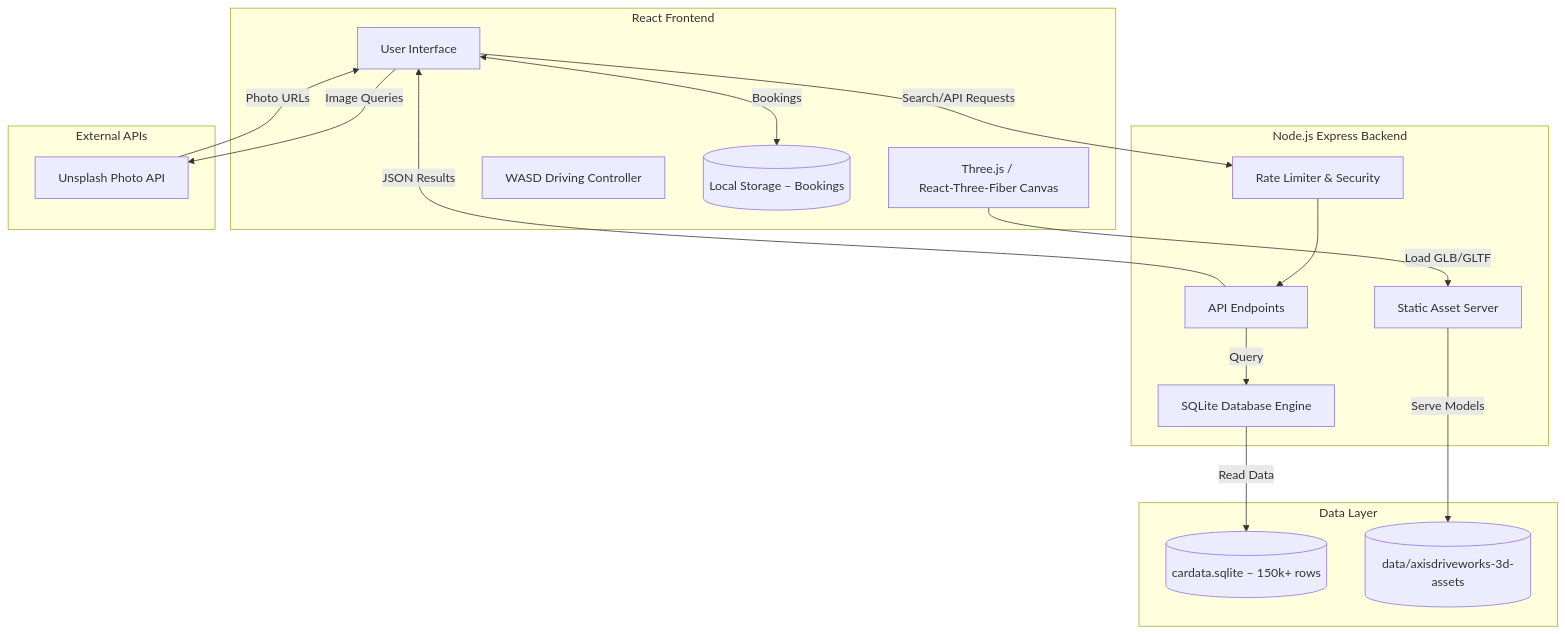
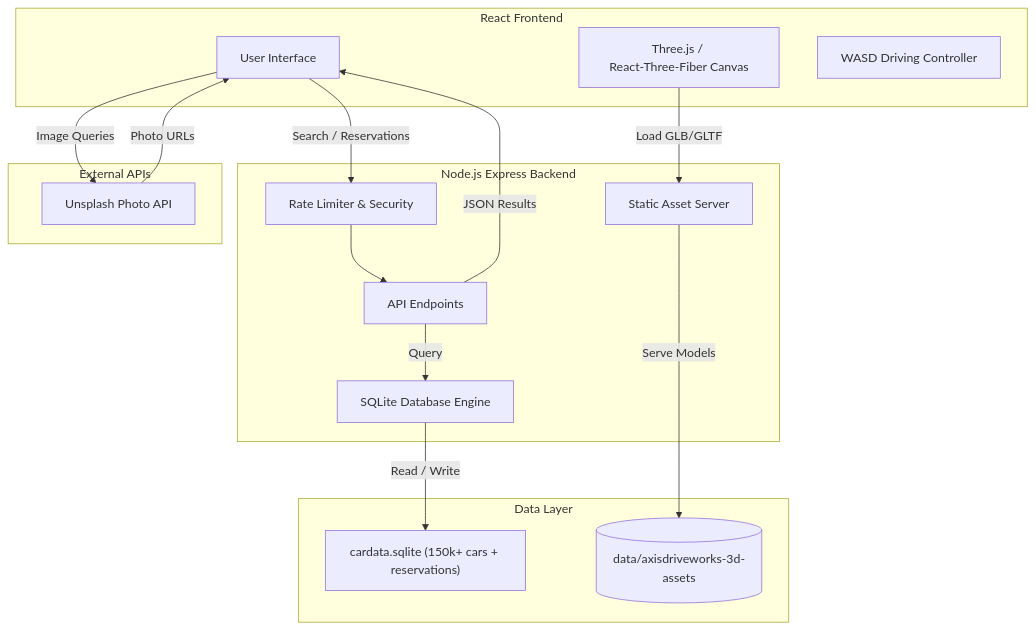
One commit to Adarsh-Saripaka/Axis-DriveWorks changed the first of 2 diagrams in README.md. Above: the diagram before and after it, drawn with Mermaid. The commit also changed other lines of this file and 5 other files, not shown here.

````diff
--- a/README.md
+++ b/README.md
@@ -27,32 +27,30 @@
 ```mermaid
 graph TD
     subgraph Client [React Frontend]
         UI[User Interface]
         GL[Three.js / React‑Three‑Fiber Canvas]
         Drive[WASD Driving Controller]
-        Storage[(Local Storage – Bookings)]
     end
     subgraph Server [Node.js Express Backend]
         API[API Endpoints]
         SQLite[SQLite Database Engine]
         Assets[Static Asset Server]
         Limiter[Rate Limiter & Security]
     end
     subgraph Data [Data Layer]
-        DB[(cardata.sqlite – 150k+ rows)]
+        DB["cardata.sqlite (150k+ cars + reservations)"]
         Models3D[(data/axisdriveworks-3d-assets)]
     end
     subgraph External [External APIs]
         Unsplash[Unsplash Photo API]
     end
-    UI <-->|Bookings| Storage
-    UI -->|Search/API Requests| Limiter
+    UI -->|Search / Reservations| Limiter
     Limiter --> API
     API -->|Query| SQLite
-    SQLite -->|Read Data| DB
+    SQLite -->|Read / Write| DB
     API -->|JSON Results| UI
     GL -->|Load GLB/GLTF| Assets
     Assets -->|Serve Models| Models3D
     UI -->|Image Queries| Unsplash
     Unsplash -->|Photo URLs| UI
 ```
````
